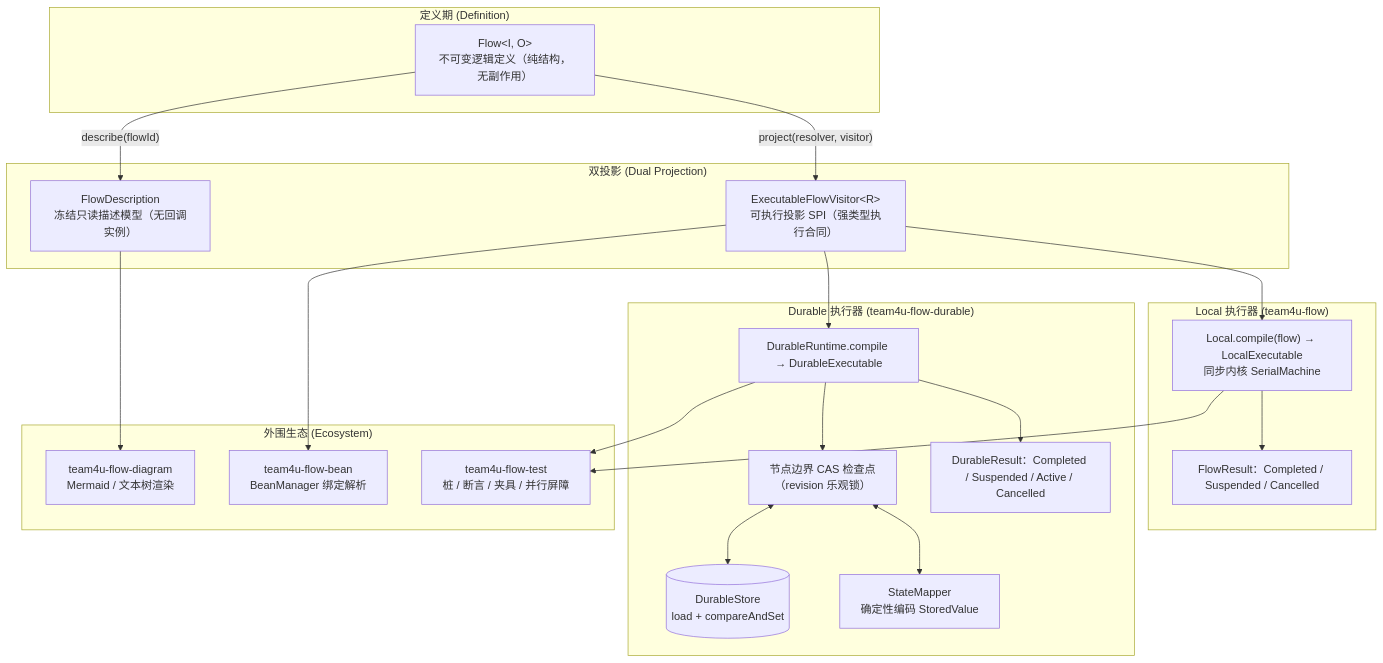
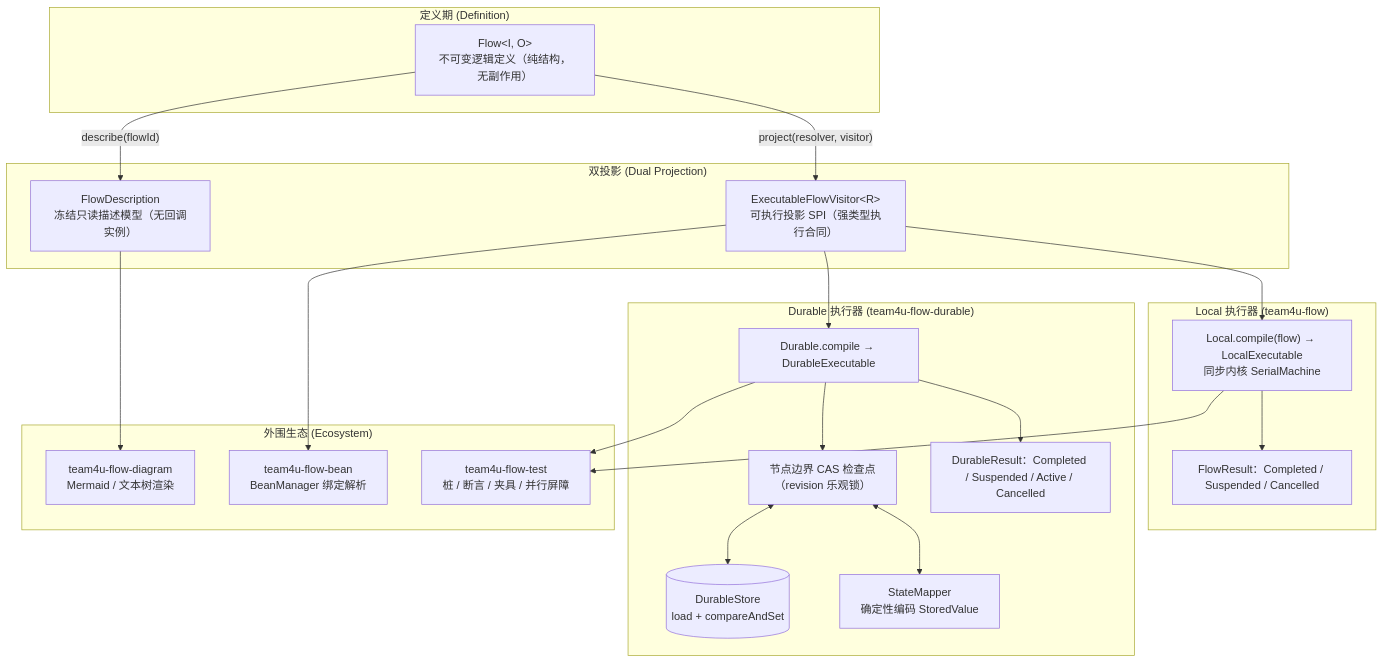
The diagram in docs/flow/README.md (team4u/team4u-framework), drawn with Mermaid before and after one commit. The commit also changed other lines of this file and 33 other files, not shown here.

Commit message:
refactor(flow-durable): rename DurableRuntime to Durable for symmetric facade architecture

````diff
--- a/docs/flow/README.md
+++ b/docs/flow/README.md
@@ -23,28 +23,28 @@
 ```mermaid
 graph TD
     subgraph "定义期 (Definition)"
         D["Flow&lt;I, O&gt;<br/>不可变逻辑定义（纯结构，无副作用）"]
     end
 
     subgraph "双投影 (Dual Projection)"
         D -->|"describe(flowId)"| PD["FlowDescription<br/>冻结只读描述模型（无回调实例）"]
         D -->|"project(resolver, visitor)"| PE["ExecutableFlowVisitor&lt;R&gt;<br/>可执行投影 SPI（强类型执行合同）"]
     end
     subgraph "Local 执行器 (team4u-flow)"
         PE --> L["Local.compile(flow) → LocalExecutable<br/>同步内核 SerialMachine"]
         L --> LR["FlowResult：Completed / Suspended / Cancelled"]
     end
     subgraph "Durable 执行器 (team4u-flow-durable)"
-        PE --> DR["DurableRuntime.compile → DurableExecutable"]
+        PE --> DR["Durable.compile → DurableExecutable"]
         DR --> CK["节点边界 CAS 检查点<br/>（revision 乐观锁）"]
         CK <--> DS[("DurableStore<br/>load + compareAndSet")]
         CK <--> SM["StateMapper<br/>确定性编码 StoredValue"]
         DR --> DRR["DurableResult：Completed / Suspended / Active / Cancelled"]
     end
     subgraph "外围生态 (Ecosystem)"
         PD --> FG["team4u-flow-diagram<br/>Mermaid / 文本树渲染"]
         PE --> FB["team4u-flow-bean<br/>BeanManager 绑定解析"]
         L --> FT["team4u-flow-test<br/>桩 / 断言 / 夹具 / 并行屏障"]
         DR --> FT
     end
 ```
````
